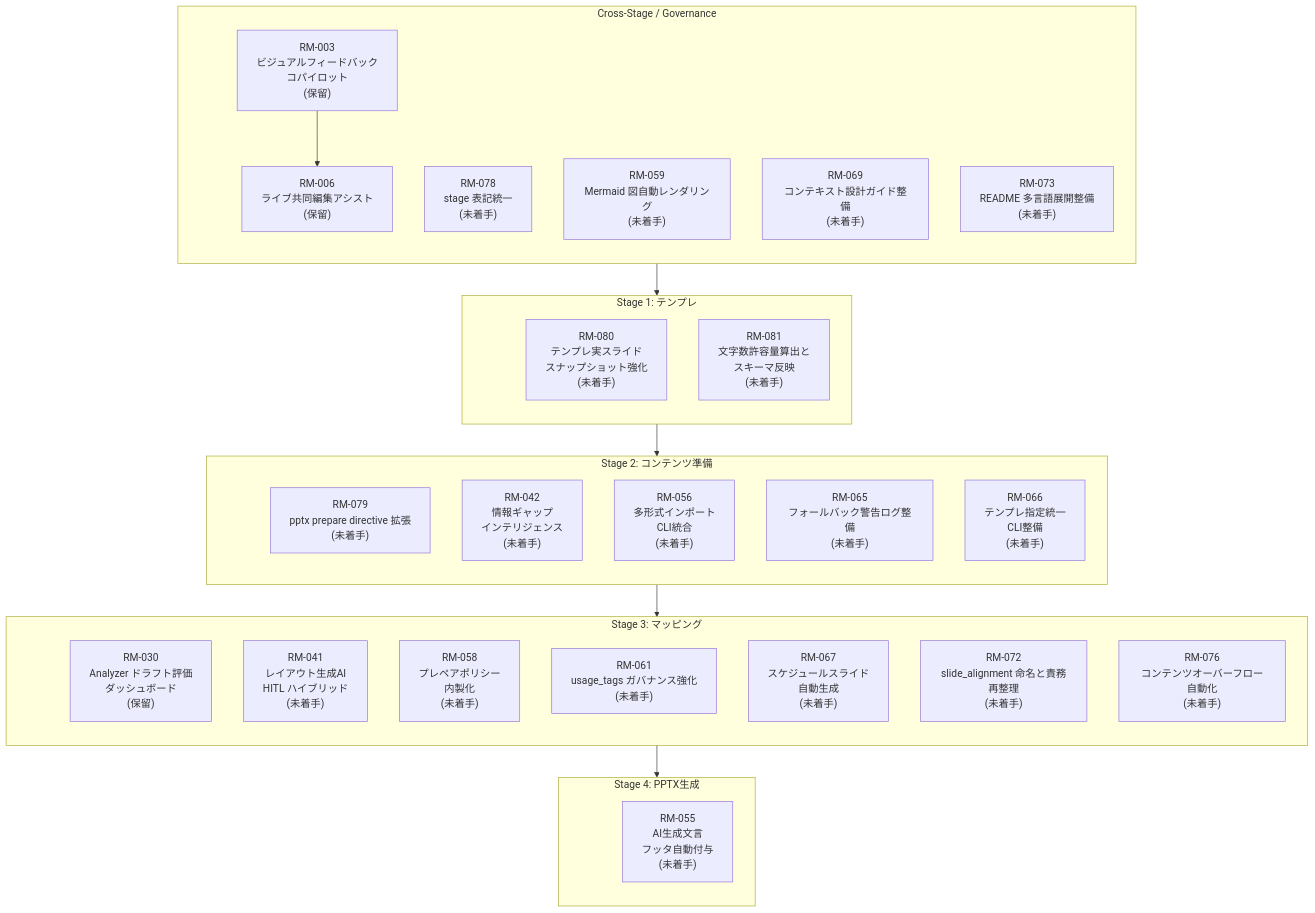
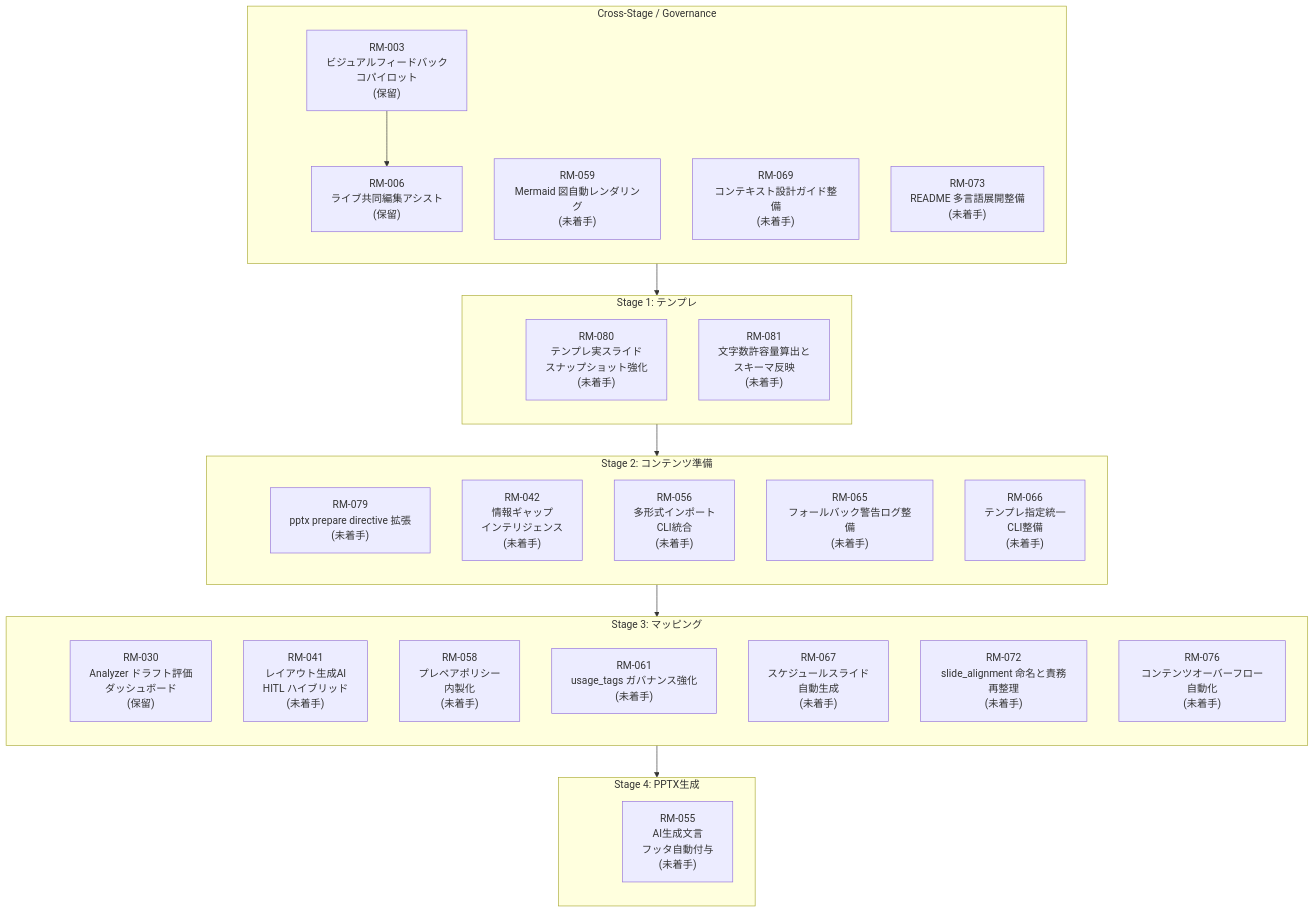
The diagram in docs/roadmap/roadmap.md (yurake/pptx_generator), drawn with Mermaid before and after one commit. The commit also changed other lines of this file and 145 other files, not shown here.

````diff
--- a/docs/roadmap/roadmap.md
+++ b/docs/roadmap/roadmap.md
@@ -25,58 +25,57 @@
 ```mermaid
 flowchart TB
     subgraph GOV["Cross-Stage / Governance"]
         direction TB
         GOV_ANCHOR(( ))
-        RM078["RM-078<br/>stage 表記統一<br/>(未着手)"]
         RM003["RM-003<br/>ビジュアルフィードバック<br/>コパイロット<br/>(保留)"]
         RM006["RM-006<br/>ライブ共同編集アシスト<br/>(保留)"]
         RM059["RM-059<br/>Mermaid 図自動レンダリング<br/>(未着手)"]
         RM069["RM-069<br/>コンテキスト設計ガイド整備<br/>(未着手)"]
         RM073["RM-073<br/>README 多言語展開整備<br/>(未着手)"]
     end
 
     subgraph ST1["Stage 1: テンプレ"]
         direction TB
         ST1_ANCHOR(( ))
         RM080["RM-080<br/>テンプレ実スライド<br/>スナップショット強化<br/>(未着手)"]
         RM081["RM-081<br/>文字数許容量算出と<br/>スキーマ反映<br/>(未着手)"]
     end
 
     subgraph ST2["Stage 2: コンテンツ準備"]
         direction TB
         ST2_ANCHOR(( ))
         RM079["RM-079<br/>pptx prepare directive 拡張<br/>(未着手)"]
         RM042["RM-042<br/>情報ギャップ<br/>インテリジェンス<br/>(未着手)"]
         RM056["RM-056<br/>多形式インポート<br/>CLI統合<br/>(未着手)"]
         RM065["RM-065<br/>フォールバック警告ログ整備<br/>(未着手)"]
         RM066["RM-066<br/>テンプレ指定統一<br/>CLI整備<br/>(未着手)"]
     end
 
     subgraph ST3["Stage 3: マッピング"]
         direction TB
         ST3_ANCHOR(( ))
         RM030["RM-030<br/>Analyzer ドラフト評価<br/>ダッシュボード<br/>(保留)"]
         RM041["RM-041<br/>レイアウト生成AI<br/>HITL ハイブリッド<br/>(未着手)"]
         RM058["RM-058<br/>プレペアポリシー<br/>内製化<br/>(未着手)"]
         RM061["RM-061<br/>usage_tags ガバナンス強化<br/>(未着手)"]
         RM067["RM-067<br/>スケジュールスライド<br/>自動生成<br/>(未着手)"]
         RM072["RM-072<br/>slide_alignment 命名と責務再整理<br/>(未着手)"]
         RM076["RM-076<br/>コンテンツオーバーフロー自動化<br/>(未着手)"]
     end
 
     subgraph ST4["Stage 4: PPTX生成"]
         direction TB
         ST4_ANCHOR(( ))
         RM055["RM-055<br/>AI生成文言<br/>フッタ自動付与<br/>(未着手)"]
     end
 
     style GOV_ANCHOR fill:transparent,stroke:transparent
     style ST1_ANCHOR fill:transparent,stroke:transparent
     style ST2_ANCHOR fill:transparent,stroke:transparent
     style ST3_ANCHOR fill:transparent,stroke:transparent
     style ST4_ANCHOR fill:transparent,stroke:transparent
 
     GOV_ANCHOR --> ST1_ANCHOR --> ST2_ANCHOR --> ST3_ANCHOR --> ST4_ANCHOR
 
     RM003 --> RM006
 ```
````
